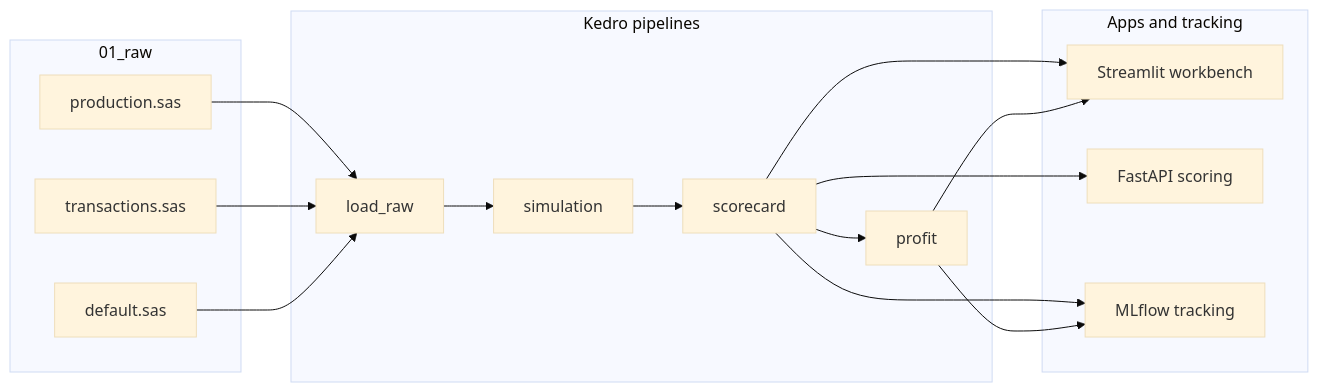
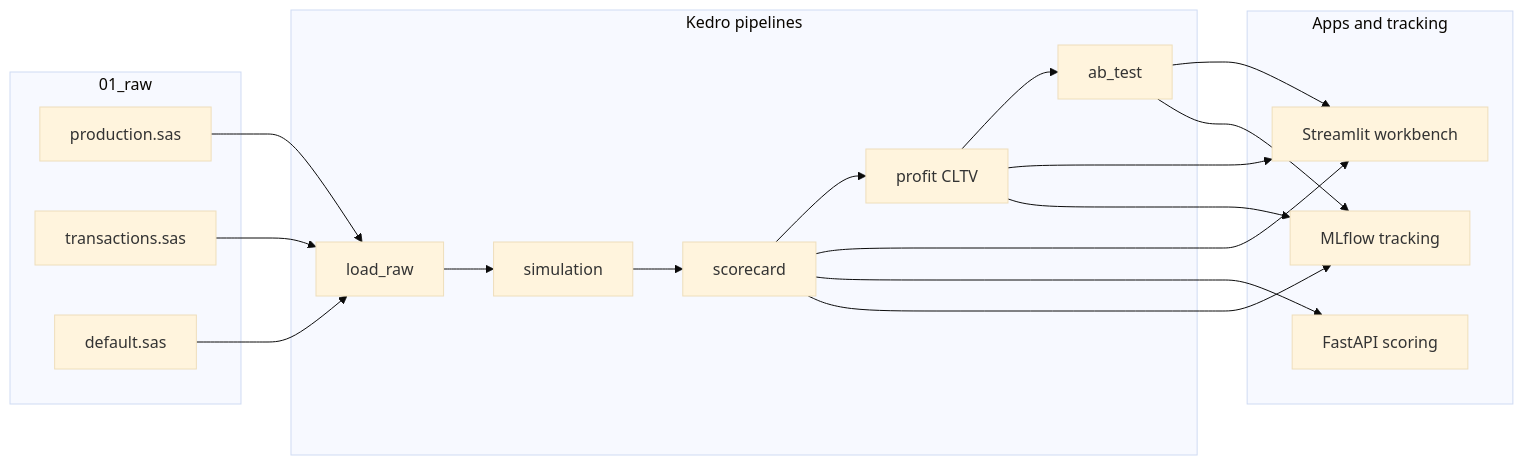
The second of 7 diagrams in README.md (giangphuongtran/scorecard-builder), drawn with Mermaid (base theme) before and after one commit. The commit also changed other lines of this file and 24 other files, not shown here.

````diff
--- a/README.md
+++ b/README.md
@@ -47,30 +223,34 @@
 ```mermaid
 flowchart LR
     subgraph rawLayer [01_raw]
         production[production.sas]
         transactions[transactions.sas]
         defaultTbl[default.sas]
     end
     subgraph kedroPipelines [Kedro pipelines]
         loadRaw[load_raw]
         simulation[simulation]
         scorecard[scorecard]
-        profit[profit]
+        profit[profit CLTV]
+        abTest[ab_test]
     end
     subgraph appLayer [Apps and tracking]
         streamlitApp[Streamlit workbench]
         fastapiApp[FastAPI scoring]
         mlflowTrack[MLflow tracking]
     end
     production --> loadRaw
     transactions --> loadRaw
     defaultTbl --> loadRaw
     loadRaw --> simulation
     simulation --> scorecard
     scorecard --> profit
+    profit --> abTest
     scorecard --> streamlitApp
     scorecard --> fastapiApp
     profit --> streamlitApp
+    abTest --> streamlitApp
     scorecard --> mlflowTrack
     profit --> mlflowTrack
+    abTest --> mlflowTrack
 ```
````
